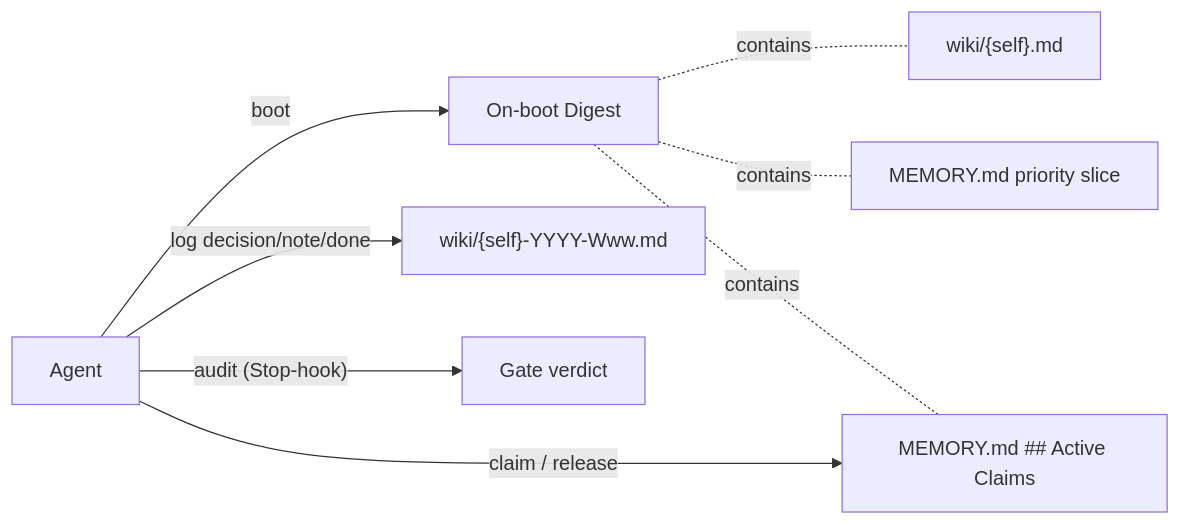
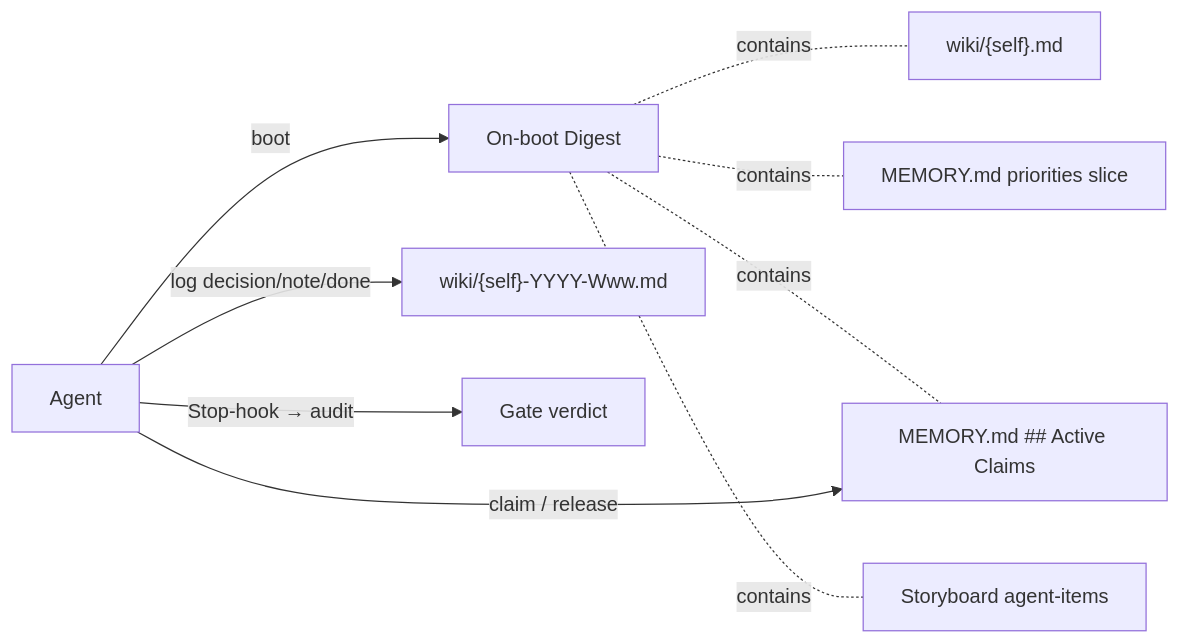
The first of 3 diagrams in specs/1060-memory-protocol-redesign/design-a.md (forwardimpact/pathway), drawn with Mermaid before and after one commit. The commit also changed other lines of this file, not shown here.

````diff
--- a/specs/1060-memory-protocol-redesign/design-a.md
+++ b/specs/1060-memory-protocol-redesign/design-a.md
@@ -19,10 +19,11 @@
 ```mermaid
 graph LR
   A[Agent] -- "boot" --> D[On-boot Digest]
   D -.contains.- S["wiki/{self}.md"]
-  D -.contains.- P["MEMORY.md priority slice"]
+  D -.contains.- P["MEMORY.md priorities slice"]
   D -.contains.- C["MEMORY.md ## Active Claims"]
+  D -.contains.- St["Storyboard agent-items"]
   A -- "log decision/note/done" --> W["wiki/{self}-YYYY-Www.md"]
   A -- "claim / release" --> C
-  A -- "audit (Stop-hook)" --> G[Gate verdict]
+  A -- "Stop-hook → audit" --> G[Gate verdict]
 ```
````
